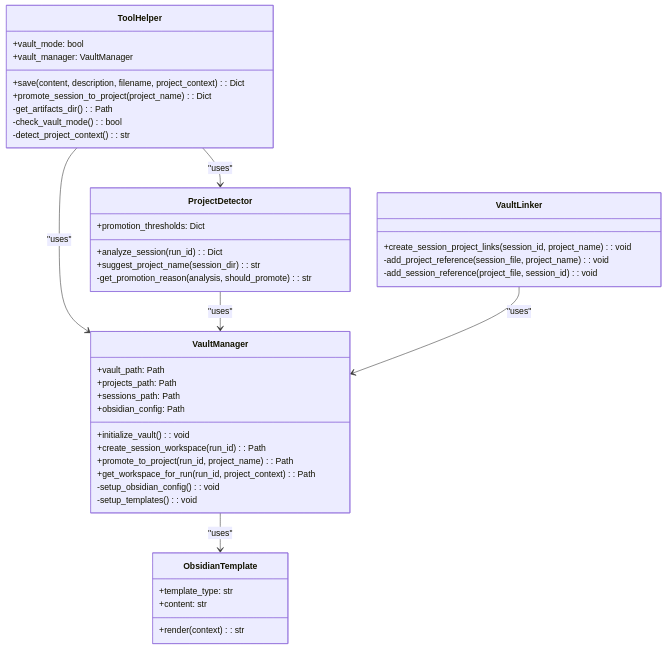
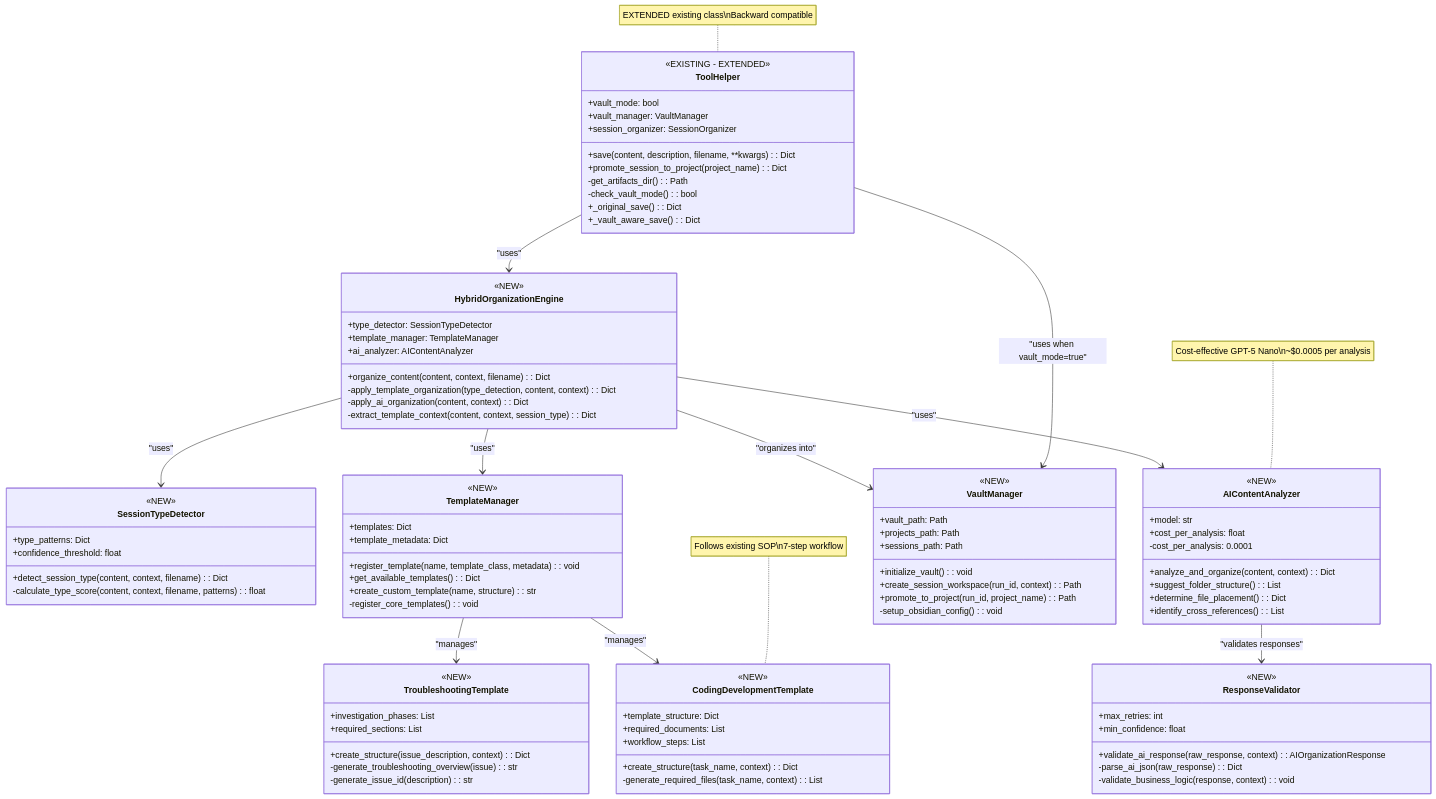
The third of 7 diagrams in tasks/2025-08-25_GlobalDocs_System_Analysis/MASTER_Architecture_UMLs_GlobalDocs_System_Analysis.md (zenprotheos/agentoptimizer), drawn with Mermaid before and after one commit. The commit also changed other lines of this file and 38 other files, not shown here.

First line of the commit message:
[UPDATE] Enhance Coding Tasks and Documentation for Hybrid System Implementation

````diff
--- a/tasks/2025-08-25_GlobalDocs_System_Analysis/MASTER_Architecture_UMLs_GlobalDocs_System_Analysis.md
+++ b/tasks/2025-08-25_GlobalDocs_System_Analysis/MASTER_Architecture_UMLs_GlobalDocs_System_Analysis.md
@@ -85,50 +144,110 @@
 ```mermaid
 classDiagram
+    class ToolHelper {
+        <<EXISTING - EXTENDED>>
+        +vault_mode: bool
+        +vault_manager: VaultManager
+        +session_organizer: SessionOrganizer
+        +save(content, description, filename, **kwargs): Dict
+        +promote_session_to_project(project_name): Dict
+        -get_artifacts_dir(): Path
+        -check_vault_mode(): bool
+        +_original_save(): Dict
+        +_vault_aware_save(): Dict
+    }
+    
+    class SessionTypeDetector {
+        <<NEW>>
+        +type_patterns: Dict
+        +confidence_threshold: float
+        +detect_session_type(content, context, filename): Dict
+        -calculate_type_score(content, context, filename, patterns): float
+    }
+    
+    class TemplateManager {
+        <<NEW>>
+        +templates: Dict
+        +template_metadata: Dict
+        +register_template(name, template_class, metadata): void
+        +get_available_templates(): Dict
+        +create_custom_template(name, structure): str
+        -register_core_templates(): void
+    }
+    
+    class CodingDevelopmentTemplate {
+        <<NEW>>
+        +template_structure: Dict
+        +required_documents: List
+        +workflow_steps: List
+        +create_structure(task_name, context): Dict
+        -generate_required_files(task_name, context): List
+    }
+    
+    class TroubleshootingTemplate {
+        <<NEW>>
+        +investigation_phases: List
+        +required_sections: List
+        +create_structure(issue_description, context): Dict
+        -generate_troubleshooting_overview(issue): str
+        -generate_issue_id(description): str
+    }
+    
+    class AIContentAnalyzer {
+        <<NEW>>
+        +model: str
+        +cost_per_analysis: float
+        +analyze_and_organize(content, context): Dict
+        +suggest_folder_structure(): List
+        +determine_file_placement(): Dict
+        +identify_cross_references(): List
+        -cost_per_analysis: 0.0001
+    }
+    
+    class HybridOrganizationEngine {
+        <<NEW>>
+        +type_detector: SessionTypeDetector
+        +template_manager: TemplateManager
+        +ai_analyzer: AIContentAnalyzer
+        +organize_content(content, context, filename): Dict
+        -apply_template_organization(type_detection, content, context): Dict
+        -apply_ai_organization(content, context): Dict
+        -extract_template_context(content, context, session_type): Dict
+    }
+    
     class VaultManager {
+        <<NEW>>
         +vault_path: Path
         +projects_path: Path
         +sessions_path: Path
-        +obsidian_config: Path
         +initialize_vault(): void
-        +create_session_workspace(run_id): Path
+        +create_session_workspace(run_id, context): Path
         +promote_to_project(run_id, project_name): Path
-        +get_workspace_for_run(run_id, project_context): Path
         -setup_obsidian_config(): void
-        -setup_templates(): void
     }
     
-    class ToolHelper {
-        +vault_mode: bool
-        +vault_manager: VaultManager
-        +save(content, description, filename, project_context): Dict
-        +promote_session_to_project(project_name): Dict
-        -get_artifacts_dir(): Path
-        -check_vault_mode(): bool
-        -detect_project_context(): str
+    class ResponseValidator {
+        <<NEW>>
+        +max_retries: int
+        +min_confidence: float
+        +validate_ai_response(raw_response, context): AIOrganizationResponse
+        -parse_ai_json(raw_response): Dict
+        -validate_business_logic(response, context): void
     }
     
-    class ProjectDetector {
-        +promotion_thresholds: Dict
-        +analyze_session(run_id): Dict
-        +suggest_project_name(session_dir): str
-        -get_promotion_reason(analysis, should_promote): str
-    }
+    ToolHelper --> HybridOrganizationEngine : "uses"
+    HybridOrganizationEngine --> SessionTypeDetector : "uses"
+    HybridOrganizationEngine --> TemplateManager : "uses"
+    HybridOrganizationEngine --> AIContentAnalyzer : "uses"
     
-    class VaultLinker {
-        +create_session_project_links(session_id, project_name): void
-        -add_project_reference(session_file, project_name): void
-        -add_session_reference(project_file, session_id): void
-    }
+    TemplateManager --> CodingDevelopmentTemplate : "manages"
+    TemplateManager --> TroubleshootingTemplate : "manages"
     
-    class ObsidianTemplate {
-        +template_type: str
-        +content: str
-        +render(context): str
-    }
+    AIContentAnalyzer --> ResponseValidator : "validates responses"
     
-    VaultManager --> ObsidianTemplate : "uses"
-    ToolHelper --> VaultManager : "uses"
-    ProjectDetector --> VaultManager : "uses"
-    VaultLinker --> VaultManager : "uses"
-    ToolHelper --> ProjectDetector : "uses"
+    ToolHelper --> VaultManager : "uses when vault_mode=true"
+    HybridOrganizationEngine --> VaultManager : "organizes into"
+    
+    note for ToolHelper "EXTENDED existing class\nBackward compatible"
+    note for CodingDevelopmentTemplate "Follows existing SOP\n7-step workflow"
+    note for AIContentAnalyzer "Cost-effective GPT-5 Nano\n~$0.0005 per analysis"
 ```
````
